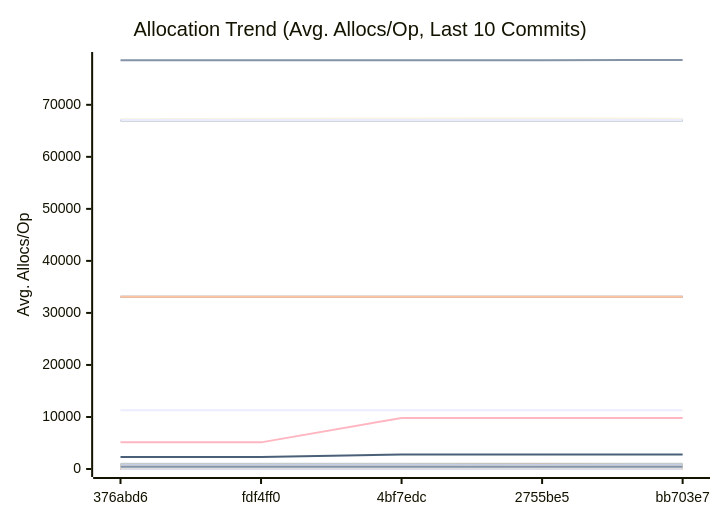
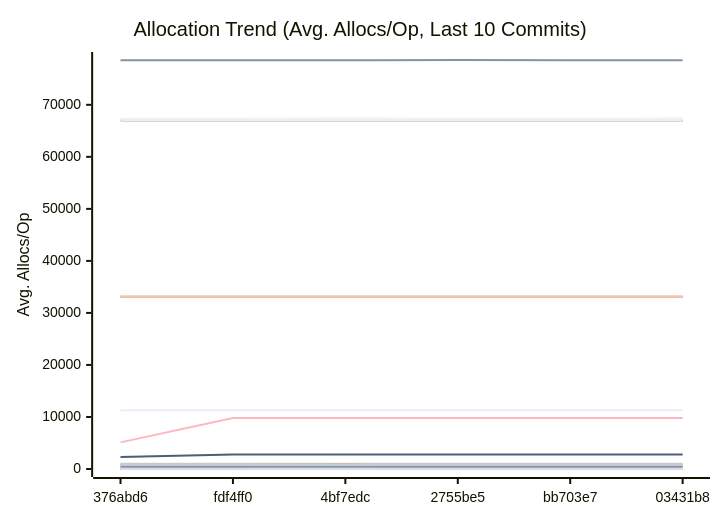
One commit to alsotoes/momo changed the third of 3 diagrams in docs/PERFORMANCE.md. Above: the diagram before and after it, drawn with Mermaid. The commit also changed other lines of this file and 3 other files, not shown here.

````diff
--- a/docs/PERFORMANCE.md
+++ b/docs/PERFORMANCE.md
@@ -360,44 +360,44 @@
 ```mermaid
 xychart-beta
     title "Allocation Trend (Avg. Allocs/Op, Last 10 Commits)"
     x-axis "Commit"
     y-axis "Avg. Allocs/Op"
-    x-axis [376abd6,fdf4ff0,4bf7edc,2755be5,bb703e7]
-    line "AWSChunkedReaderSigned" [11282,11307,11314,11300,11307,11302,11307,11334,11352,11308]
-    line "AWSChunkedReaderUnsigned" [78569,78579,78587,78576,78613,78584,78583,78611,78631,78600]
+    x-axis [376abd6,fdf4ff0,4bf7edc,2755be5,bb703e7,03431b8]
+    line "AWSChunkedReaderSigned" [11307,11314,11300,11307,11302,11307,11334,11352,11308,11331]
+    line "AWSChunkedReaderUnsigned" [78579,78587,78576,78613,78584,78583,78611,78631,78600,78609]
     line "CheckMetricsAndSwap" [0,0,0,0,0,0,0,0,0,0]
     line "CrushOptimized" [0,0,0,0,0,0,0,0,0,0]
     line "CrushOriginal" [3,3,3,3,3,3,3,3,3,3]
     line "FormatListObjectsV2XML_AppendFormat" [16,16,16,16,16,16,16,16,16,16]
     line "FormatListObjectsV2XML_OldFormat" [1000,1000,1000,1000,1000,1000,1000,1000,1000,1000]
     line "HashBytes/1MiB" [64,64,64,64,64,64,64,64,64,64]
     line "HashBytes/256MiB" [64,64,64,64,64,64,64,64,64,64]
     line "HashBytes/64MiB" [64,64,64,64,64,64,64,64,64,64]
     line "HashFile/1MiB" [33128,33128,33128,33128,33128,33128,33128,33128,33128,33128]
     line "HashFile/256MiB" [33128,33128,33128,33128,33128,33128,33128,33128,33128,33128]
     line "HashFile/64MiB" [33128,33128,33128,33128,33128,33128,33128,33128,33128,33128]
     line "IndexDirectTracking" [0,0,0,0,0,0,0,0,0,0]
     line "IndexSearch" [0,0,0,0,0,0,0,0,0,0]
     line "LastModifiedHeader_AppendFormat" [0,0,0,0,0,0,0,0,0,0]
     line "LastModifiedHeader_Format" [1,1,1,1,1,1,1,1,1,1]
     line "LoadGlobalConfig" [58,58,58,58,58,58,58,58,58,58]
-    line "LocalWrite/1MiB" [67028,67030,67033,67040,67026,67032,67028,67034,67036,67032]
-    line "LocalWrite/256MiB" [67218,67324,67356,67435,67322,67349,67419,67379,67488,67427]
-    line "LocalWrite/64MiB" [67080,67067,67089,67097,67084,67096,67074,67087,67088,67081]
+    line "LocalWrite/1MiB" [67030,67033,67040,67026,67032,67028,67034,67036,67032,67028]
+    line "LocalWrite/256MiB" [67324,67356,67435,67322,67349,67419,67379,67488,67427,67403]
+    line "LocalWrite/64MiB" [67067,67089,67097,67084,67096,67074,67087,67088,67081,67097]
     line "PadString" [1,1,1,1,1,1,1,1,1,1]
     line "ParseReplicationOrder_NoPrealloc" [6,6,6,6,6,5,5,5,5,5]
     line "ParseReplicationOrder_Prealloc" [2,2,2,2,2,1,1,1,1,1]
     line "Placement" [6,6,6,6,6,6,6,6,6,6]
     line "PlacementDomainSpread" [6,6,6,6,6,6,6,6,6,6]
-    line "ReadVerify/1MiB" [466,460,436,471,463,468,467,468,486,478]
-    line "ReadVerify/256MiB" [5120,5120,9808,9808,9808,9808,9808,9808,9808,9808]
-    line "ReadVerify/64MiB" [2307,2307,2776,2776,2776,2776,2776,3557,2776,2776]
-    line "S3PutSpool/1MiB" [447,447,447,447,447,447,447,447,447,447]
+    line "ReadVerify/1MiB" [460,436,471,463,468,467,468,486,478,467]
+    line "ReadVerify/256MiB" [5120,9808,9808,9808,9808,9808,9808,9808,9808,5120]
+    line "ReadVerify/64MiB" [2307,2776,2776,2776,2776,2776,3557,2776,2776,2776]
+    line "S3PutSpool/1MiB" [447,447,447,447,447,447,447,447,447,448]
     line "S3PutSpool/256MiB" [448,448,448,448,448,448,448,448,448,448]
     line "S3PutSpool/64MiB" [448,448,448,448,448,448,448,448,448,448]
     line "SanitizeLog/Safe" [0,0,0,0,0,0,0,0,0,0]
     line "SanitizeLog/Unsafe" [1,1,1,1,1,1,1,1,1,1]
     line "TrustedRead/1MiB" [800,800,800,800,800,800,800,800,800,800]
-    line "TrustedRead/256MiB" [800,800,800,848,800,800,800,800,800,800]
+    line "TrustedRead/256MiB" [800,800,848,800,800,800,800,800,800,800]
     line "TrustedRead/64MiB" [800,800,800,800,800,800,800,800,800,800]
 ```
````
